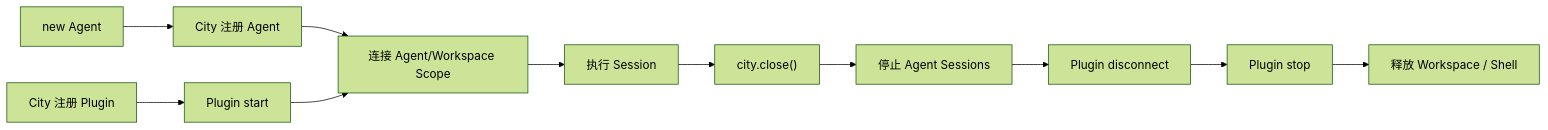
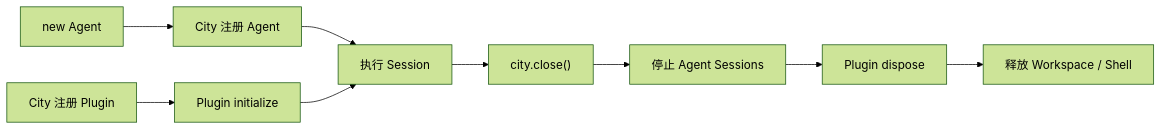
One commit to genesiscosmos/downcity changed the second of 2 diagrams in homepage/content/docs/zh/agent/runtime-architecture.mdx. Above: the diagram before and after it, drawn with Mermaid (forest theme). The commit also changed other lines of this file and 66 other files, not shown here.

Commit message:
refactor(city): simplify plugin lifecycle

````diff
--- a/homepage/content/docs/zh/agent/runtime-architecture.mdx
+++ b/homepage/content/docs/zh/agent/runtime-architecture.mdx
@@ -184,13 +184,11 @@
 ```mermaid
 flowchart LR
     Agent["new Agent"] --> Register["City 注册 Agent"]
-    Plugin["City 注册 Plugin"] --> Start["Plugin start"]
-    Register --> Scope["连接 Agent/Workspace Scope"]
-    Start --> Scope
-    Scope --> Running["执行 Session"]
+    Plugin["City 注册 Plugin"] --> Initialize["Plugin initialize"]
+    Register --> Running["执行 Session"]
+    Initialize --> Running
     Running --> Close["city.close()"]
     Close --> Sessions["停止 Agent Sessions"]
-    Sessions --> Disconnect["Plugin disconnect"]
-    Disconnect --> Stop["Plugin stop"]
-    Stop --> Workspace["释放 Workspace / Shell"]
+    Sessions --> Dispose["Plugin dispose"]
+    Dispose --> Workspace["释放 Workspace / Shell"]
 ```
````
